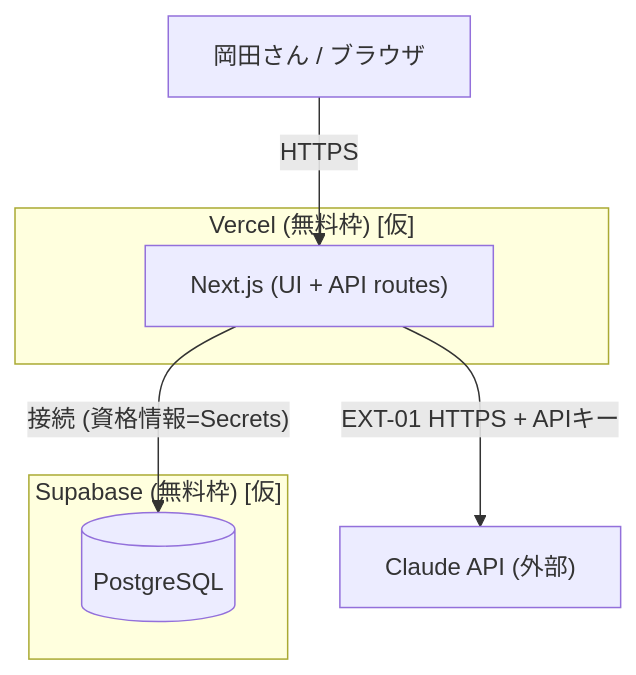
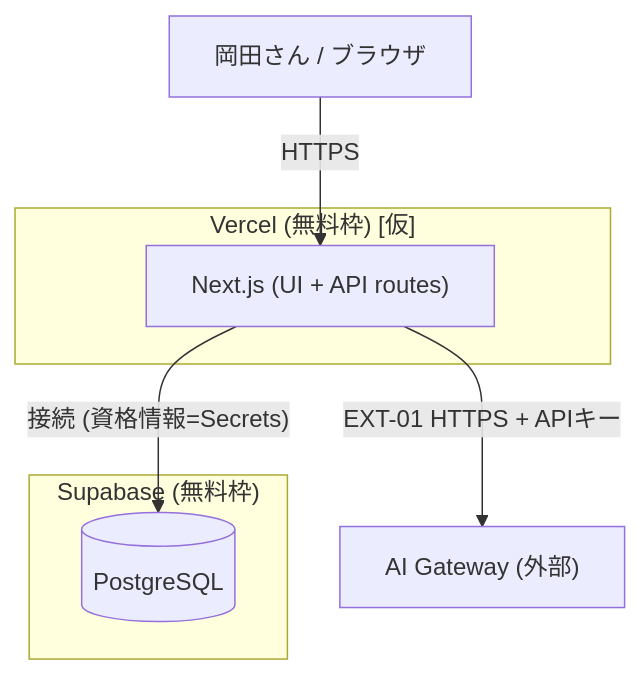
Before and after one commit to k-okada51/okada-fit: the diagram in docs/02_設計/20_インフラ設計/01_システム構成・環境.md, drawn with Mermaid. The commit also changed other lines of this file and 10 other files, not shown here.

````diff
--- a/docs/02_設計/20_インフラ設計/01_システム構成・環境.md
+++ b/docs/02_設計/20_インフラ設計/01_システム構成・環境.md
@@ -18,12 +18,12 @@
 ```mermaid
 flowchart TD
   subgraph Vercel["Vercel (無料枠) [仮]"]
     APP["Next.js (UI + API routes)"]
   end
-  subgraph Supabase["Supabase (無料枠) [仮]"]
+  subgraph Supabase["Supabase (無料枠)"]
     DB[("PostgreSQL")]
   end
   U["岡田さん / ブラウザ"] -- HTTPS --> APP
   APP -- "接続 (資格情報=Secrets)" --> DB
-  APP -- "EXT-01 HTTPS + APIキー" --> CLAUDE["Claude API (外部)"]
+  APP -- "EXT-01 HTTPS + APIキー" --> AIGW["AI Gateway (外部)"]
 ```
````
